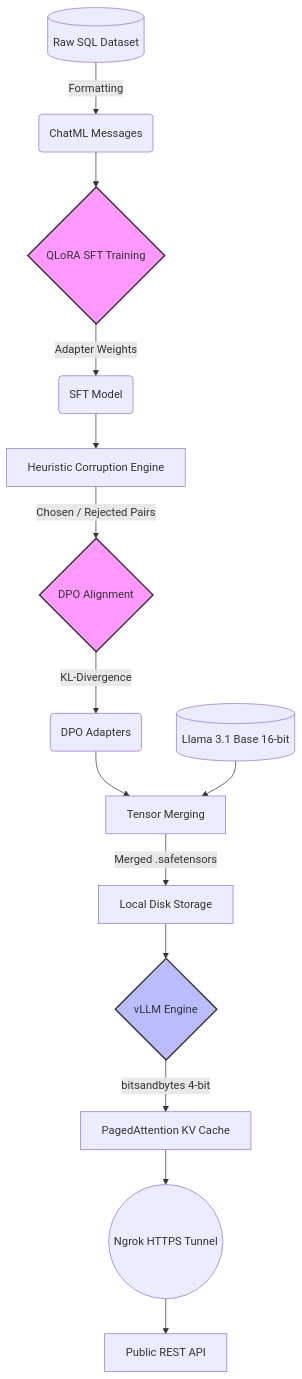
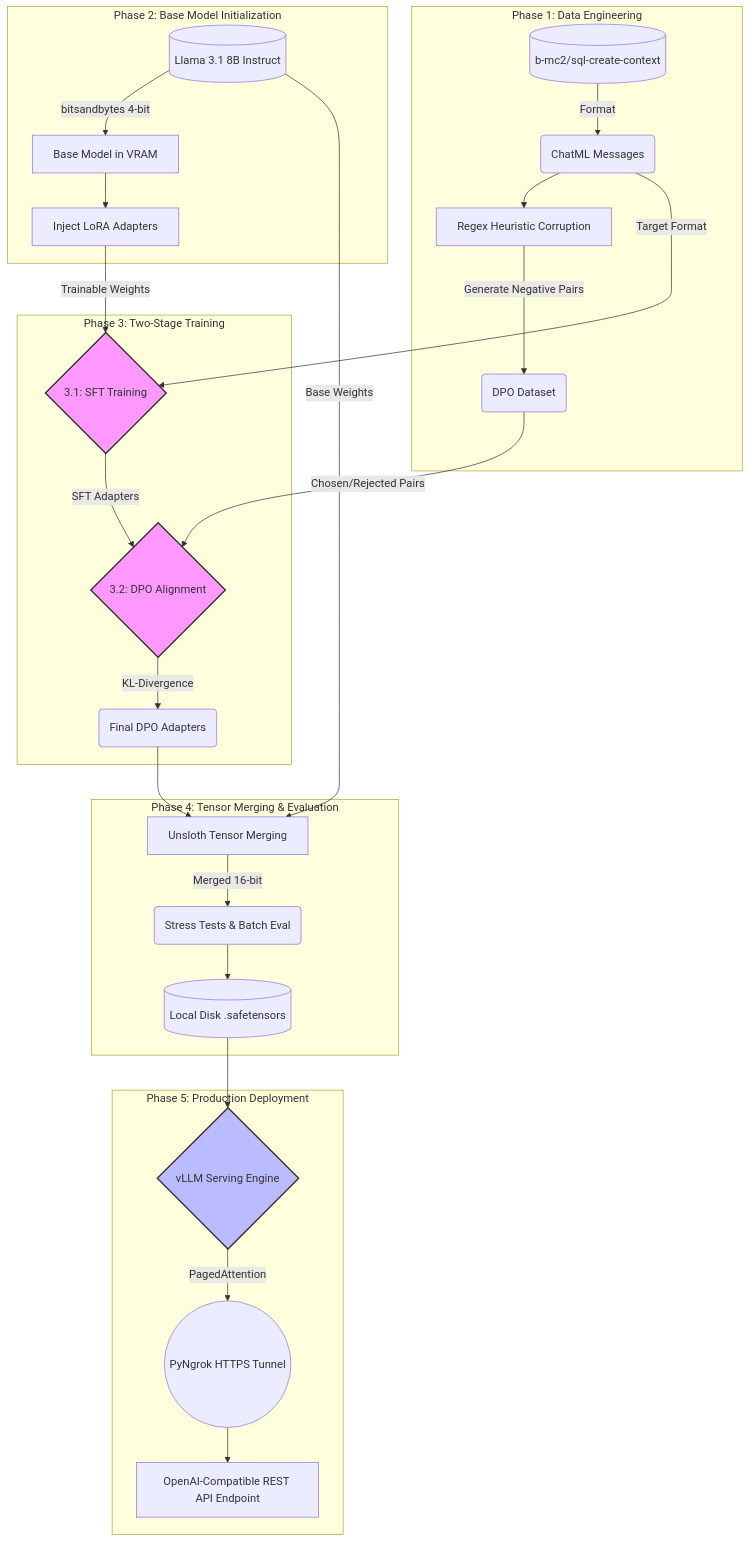
Before and after one commit to Amlan102003/enterprise-sql-vllm-pipeline: the diagram in README.md, drawn with Mermaid. The commit also changed other lines of this file, not shown here.

Commit message:
Enhance system architecture diagram with phases
Added detailed phases for data engineering, model initialization, training, tensor merging, and production deployment in the system architecture diagram.

````diff
--- a/README.md
+++ b/README.md
@@ -11,23 +10,38 @@
 ```mermaid
 graph TD
-    A[(Raw SQL Dataset)] -->|Formatting| B(ChatML Messages)
-    B --> C{QLoRA SFT Training}
-    C -->|Adapter Weights| D(SFT Model)
-    
-    D --> E[Heuristic Corruption Engine]
-    E -->|Chosen / Rejected Pairs| F{DPO Alignment}
-    F -->|KL-Divergence| G(DPO Adapters)
-    
-    G --> H[Tensor Merging]
-    I[(Llama 3.1 Base 16-bit)] --> H
-    H -->|Merged .safetensors| J[Local Disk Storage]
-    
-    J --> K{vLLM Engine}
-    K -->|bitsandbytes 4-bit| L[PagedAttention KV Cache]
-    L --> M((Ngrok HTTPS Tunnel))
-    M --> N[Public REST API]
-    
-    style C fill:#f9f,stroke:#333,stroke-width:2px
-    style F fill:#f9f,stroke:#333,stroke-width:2px
-    style K fill:#bbf,stroke:#333,stroke-width:2px
+    subgraph Phase 1: Data Engineering
+        A[(b-mc2/sql-create-context)] -->|Format| B(ChatML Messages)
+        B --> C[Regex Heuristic Corruption]
+        C -->|Generate Negative Pairs| D(DPO Dataset)
+    end
+
+    subgraph Phase 2: Base Model Initialization
+        E[(Llama 3.1 8B Instruct)] -->|bitsandbytes 4-bit| F[Base Model in VRAM]
+        F --> G[Inject LoRA Adapters]
+    end
+
+    subgraph Phase 3: Two-Stage Training
+        B -->|Target Format| H{3.1: SFT Training}
+        G -->|Trainable Weights| H
+        H -->|SFT Adapters| I{3.2: DPO Alignment}
+        D -->|Chosen/Rejected Pairs| I
+        I -->|KL-Divergence| J(Final DPO Adapters)
+    end
+
+    subgraph Phase 4: Tensor Merging & Evaluation
+        J --> K[Unsloth Tensor Merging]
+        E -->|Base Weights| K
+        K -->|Merged 16-bit| L(Stress Tests & Batch Eval)
+        L --> M[(Local Disk .safetensors)]
+    end
+
+    subgraph Phase 5: Production Deployment
+        M --> N{vLLM Serving Engine}
+        N -->|PagedAttention| O((PyNgrok HTTPS Tunnel))
+        O --> P[OpenAI-Compatible REST API Endpoint]
+    end
+
+    style H fill:#f9f,stroke:#333,stroke-width:2px
+    style I fill:#f9f,stroke:#333,stroke-width:2px
+    style N fill:#bbf,stroke:#333,stroke-width:2px
 ```
````
